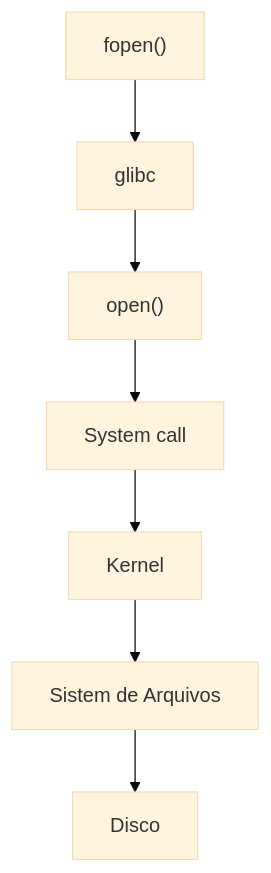
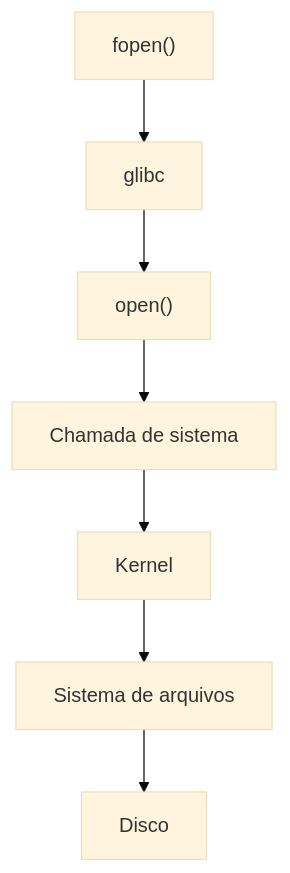
Before and after one commit to lcsgborges/dev-notes: the fifth of 5 diagrams in docs/c/processos/introducao.md, drawn with Mermaid (base theme). The commit also changed other lines of this file and 30 other files, not shown here.

````diff
--- a/docs/c/processos/introducao.md
+++ b/docs/c/processos/introducao.md
@@ -150,11 +148,11 @@
 ```mermaid
     flowchart TD
     A["fopen()"]
     B[glibc]
     C["open()"]
-    D[System call]
+    D[Chamada de sistema]
     E[Kernel]
-    F[Sistem de Arquivos]
+    F[Sistema de arquivos]
     G[Disco]
     A --> B --> C --> D --> E --> F --> G
 ```
````
